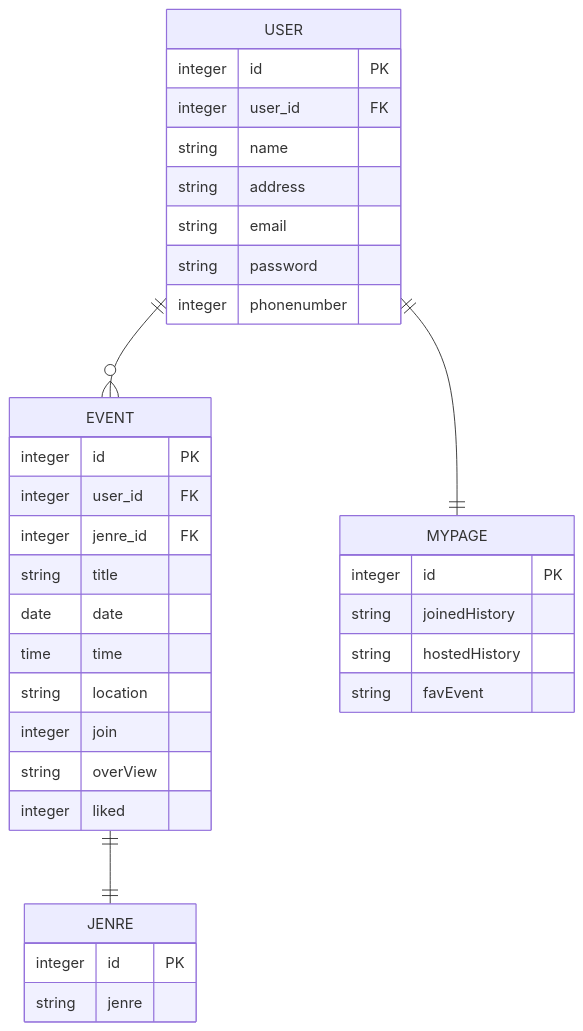
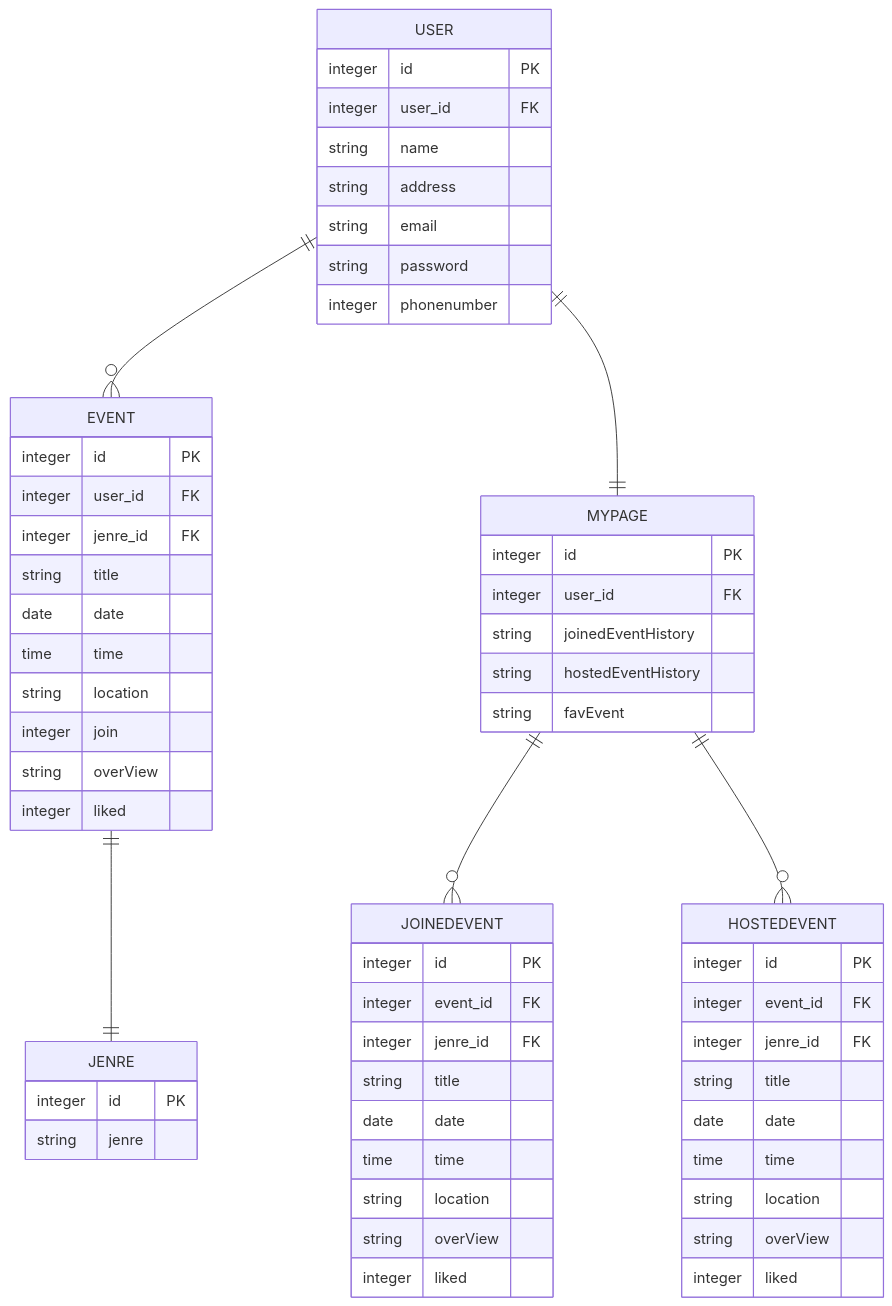
One commit to 6lackjid/adevent changed the diagram in er.md. Above: the diagram before and after it, drawn with Mermaid.

Commit message:
JOINEDEVENT HOSTEVENT

````diff
--- a/er.md
+++ b/er.md
@@ -1,47 +1,73 @@
 ```mermaid
 erDiagram
 USER ||--o{ EVENT : ""
 EVENT ||--|| JENRE : ""
 USER ||--|| MYPAGE : ""
-
+MYPAGE ||--o{ JOINEDEVENT : ""
+MYPAGE ||--o{ HOSTEDEVENT : ""
 
 
 
 USER {
 integer id  PK
 integer user_id FK
 string name
 string address
 string email
 string password
 integer phonenumber
 }
 
 
 EVENT {
 integer id  PK
 integer user_id FK
 integer jenre_id FK
 string title
 date date
 time time
 string location
 integer join
 string overView
 integer liked
 }
 
 
 JENRE {
 integer id PK
 string jenre
 }
 
 MYPAGE {
 integer id  PK
-string joinedHistory
-string hostedHistory
+integer user_id FK
+string joinedEventHistory
+string hostedEventHistory
 string favEvent
 }
 
+JOINEDEVENT {
+integer id PK
+integer event_id FK
+integer jenre_id FK
+string title
+date date
+time time
+string location
+string overView
+integer liked
+}
+
+HOSTEDEVENT {
+integer id PK
+integer event_id FK
+integer jenre_id FK
+string title
+date date
+time time
+string location
+string overView
+integer liked
+}
+
 ```
````
